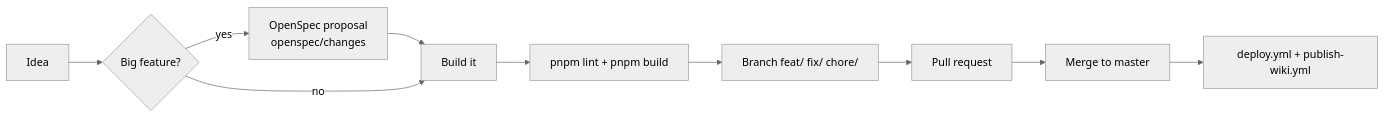
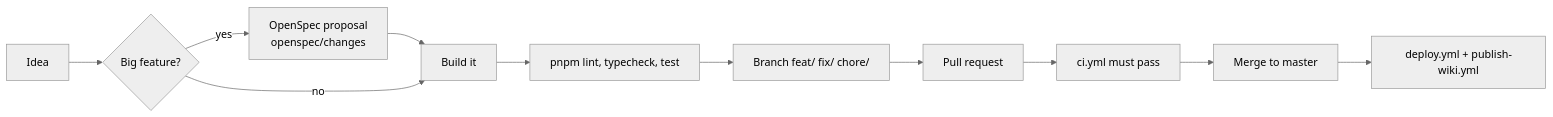
The diagram in docs/wiki/Tooling.md (shibbirweb/shibbirweb.github.io), drawn with Mermaid (neutral theme) before and after one commit. The commit also changed other lines of this file and 210 other files, not shown here.

First line of the commit message:
test: add unit, build, browser and Lighthouse suites run on every PR

````diff
--- a/docs/wiki/Tooling.md
+++ b/docs/wiki/Tooling.md
@@ -36,12 +39,13 @@
 ```mermaid
 flowchart LR
     A[Idea] --> B{Big feature?}
     B -- yes --> C[OpenSpec proposal<br/>openspec/changes]
     C --> D[Build it]
     B -- no --> D
-    D --> E[pnpm lint + pnpm build]
+    D --> E[pnpm lint, typecheck, test]
     E --> F[Branch feat/ fix/ chore/]
     F --> G[Pull request]
-    G --> H[Merge to master]
+    G --> CI[ci.yml must pass]
+    CI --> H[Merge to master]
     H --> I[deploy.yml + publish-wiki.yml]
 ```
````
